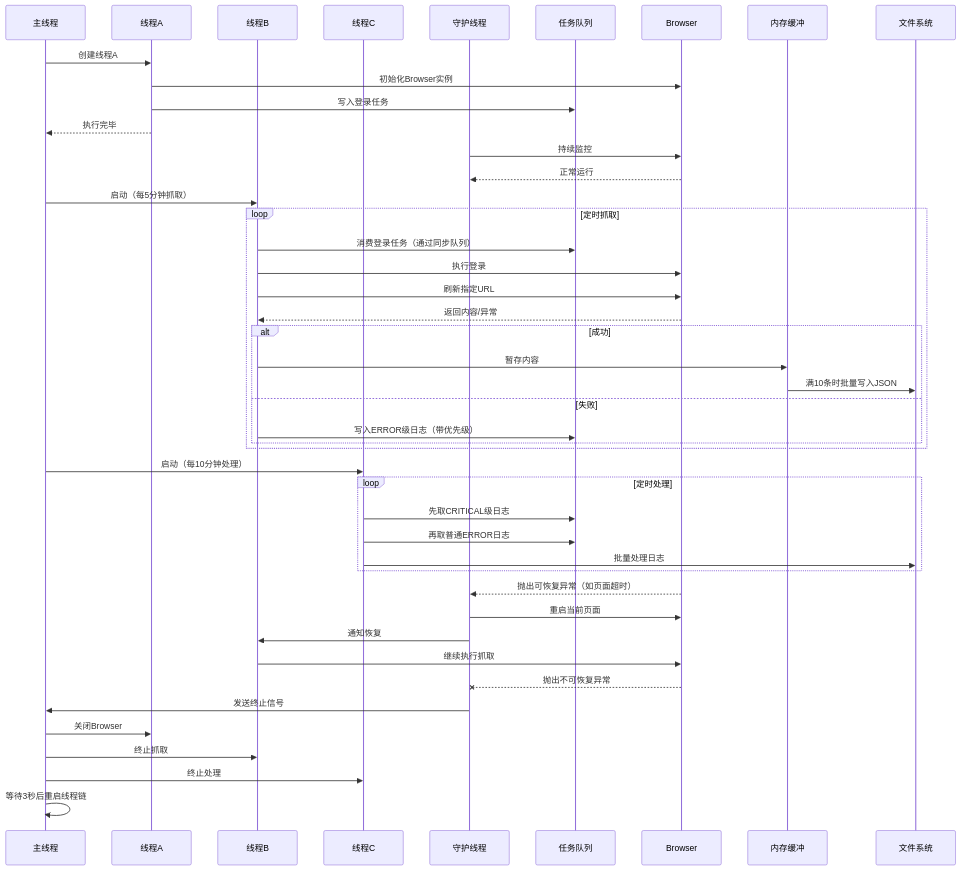
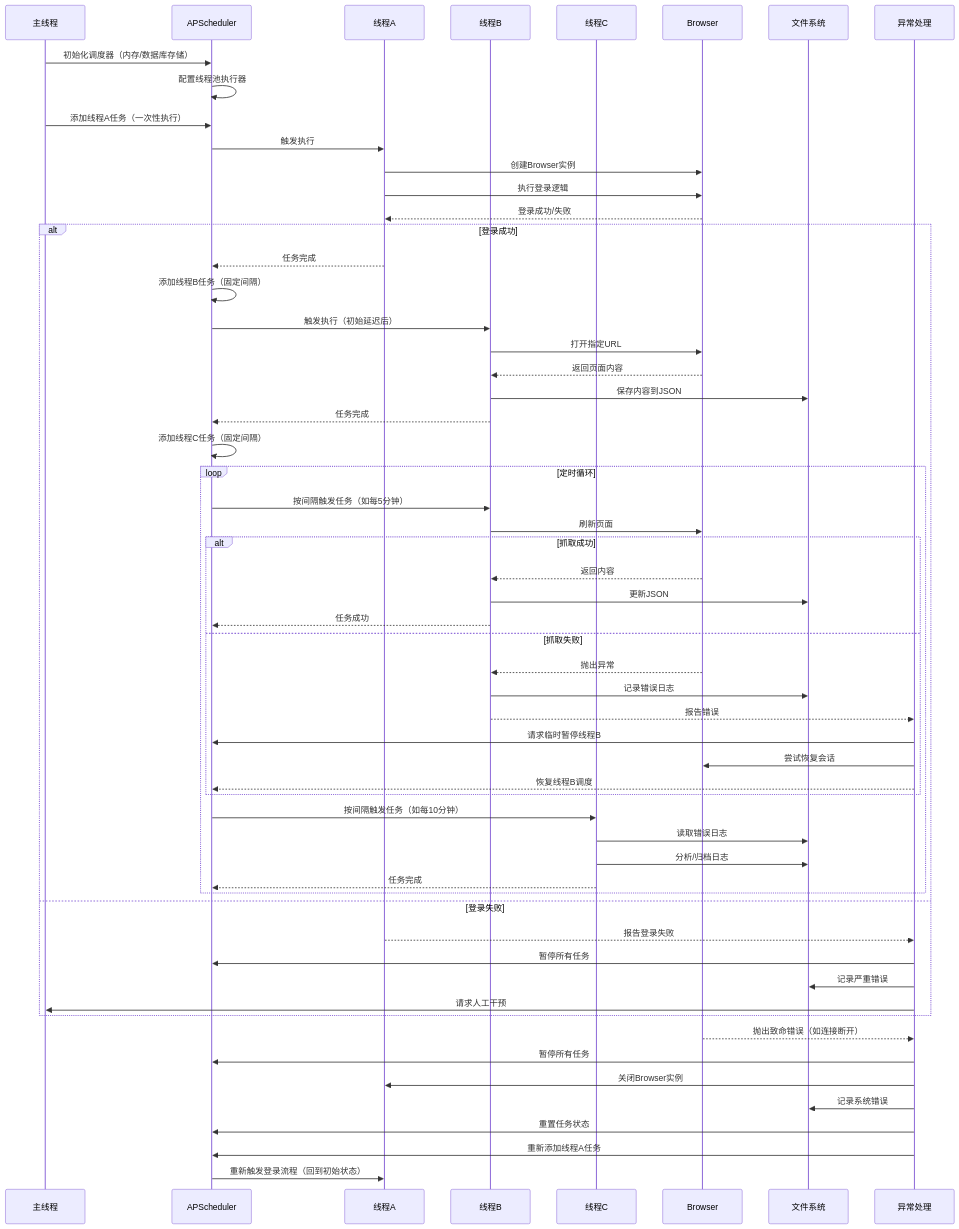
The diagram in 程序时序图.markdown (aime4eve/Sales_Leads), drawn with Mermaid before and after one commit. The commit also changed other lines of this file, not shown here.

````diff
--- a/程序时序图.markdown
+++ b/程序时序图.markdown
@@ -5,57 +5,64 @@
 ```mermaid
 sequenceDiagram
     participant 主线程
+    participant APScheduler
     participant 线程A
     participant 线程B
     participant 线程C
-    participant 守护线程
-    participant 任务队列
     participant Browser
+    participant 文件系统
+    participant 异常处理
 
-    %% 初始化
-    主线程->>线程A: 创建线程A
-    线程A->>Browser: 初始化Browser实例
-    线程A->>任务队列: 写入登录任务
-    线程A-->>主线程: 执行完毕
-
-    %% 守护线程监控
-    守护线程->>Browser: 持续监控
-    Browser-->>守护线程: 正常运行
-
-    %% 线程B抓取（异步非阻塞）
-    主线程->>线程B: 启动（每5分钟抓取）
-    loop 定时抓取
-        线程B->>任务队列: 消费登录任务（通过同步队列）
-        线程B->>Browser: 执行登录
-        线程B->>Browser: 刷新指定URL
-        Browser-->>线程B: 返回内容/异常
-        alt 成功
-            线程B->>内存缓冲: 暂存内容
-            内存缓冲->>文件系统: 满10条时批量写入JSON
-        else 失败
-            线程B->>任务队列: 写入ERROR级日志（带优先级）
+    %% 初始化流程
+    主线程->>APScheduler: 初始化调度器（内存/数据库存储）
+    APScheduler->>APScheduler: 配置线程池执行器
+    主线程->>APScheduler: 添加线程A任务（一次性执行）
+    APScheduler->>线程A: 触发执行
+    线程A->>Browser: 创建Browser实例
+    线程A->>Browser: 执行登录逻辑
+    Browser-->>线程A: 登录成功/失败
+    alt 登录成功
+        线程A-->>APScheduler: 任务完成
+        APScheduler->>APScheduler: 添加线程B任务（固定间隔）
+        APScheduler->>线程B: 触发执行（初始延迟后）
+        线程B->>Browser: 打开指定URL
+        Browser-->>线程B: 返回页面内容
+        线程B->>文件系统: 保存内容到JSON
+        线程B-->>APScheduler: 任务完成
+        APScheduler->>APScheduler: 添加线程C任务（固定间隔）
+        loop 定时循环
+            APScheduler->>线程B: 按间隔触发任务（如每5分钟）
+            线程B->>Browser: 刷新页面
+            alt 抓取成功
+                Browser-->>线程B: 返回内容
+                线程B->>文件系统: 更新JSON
+                线程B-->>APScheduler: 任务成功
+            else 抓取失败
+                Browser-->>线程B: 抛出异常
+                线程B->>文件系统: 记录错误日志
+                线程B-->>异常处理: 报告错误
+                异常处理->>APScheduler: 请求临时暂停线程B
+                异常处理->>Browser: 尝试恢复会话
+                异常处理-->>APScheduler: 恢复线程B调度
+            end
+            APScheduler->>线程C: 按间隔触发任务（如每10分钟）
+            线程C->>文件系统: 读取错误日志
+            线程C->>文件系统: 分析/归档日志
+            线程C-->>APScheduler: 任务完成
         end
+    else 登录失败
+        线程A-->>异常处理: 报告登录失败
+        异常处理->>APScheduler: 暂停所有任务
+        异常处理->>文件系统: 记录严重错误
+        异常处理->>主线程: 请求人工干预
     end
 
-    %% 线程C日志处理（并行执行）
-    主线程->>线程C: 启动（每10分钟处理）
-    loop 定时处理
-        线程C->>任务队列: 先取CRITICAL级日志
-        线程C->>任务队列: 再取普通ERROR日志
-        线程C->>文件系统: 批量处理日志
-    end
-
-    %% 异常处理（可恢复场景）
-    Browser-->>守护线程: 抛出可恢复异常（如页面超时）
-    守护线程->>Browser: 重启当前页面
-    守护线程->>线程B: 通知恢复
-    线程B->>Browser: 继续执行抓取
-
-    %% 异常处理（不可恢复场景）
-    Browser--x 守护线程: 抛出不可恢复异常
-    守护线程->>主线程: 发送终止信号
-    主线程->>线程A: 关闭Browser
-    主线程->>线程B: 终止抓取
-    主线程->>线程C: 终止处理
-    主线程->>主线程: 等待3秒后重启线程链
+    %% 异常处理流程
+    Browser-->>异常处理: 抛出致命错误（如连接断开）
+    异常处理->>APScheduler: 暂停所有任务
+    异常处理->>线程A: 关闭Browser实例
+    异常处理->>文件系统: 记录系统错误
+    异常处理->>APScheduler: 重置任务状态
+    异常处理->>APScheduler: 重新添加线程A任务
+    APScheduler->>线程A: 重新触发登录流程（回到初始状态）
 ```
````
